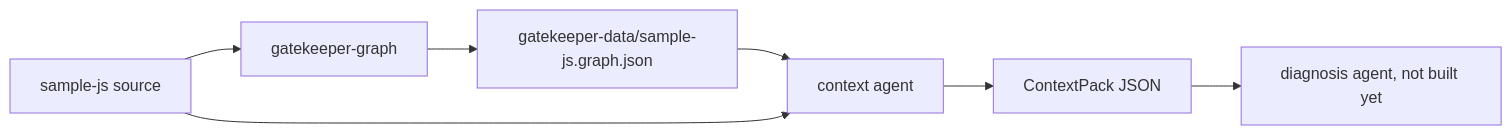
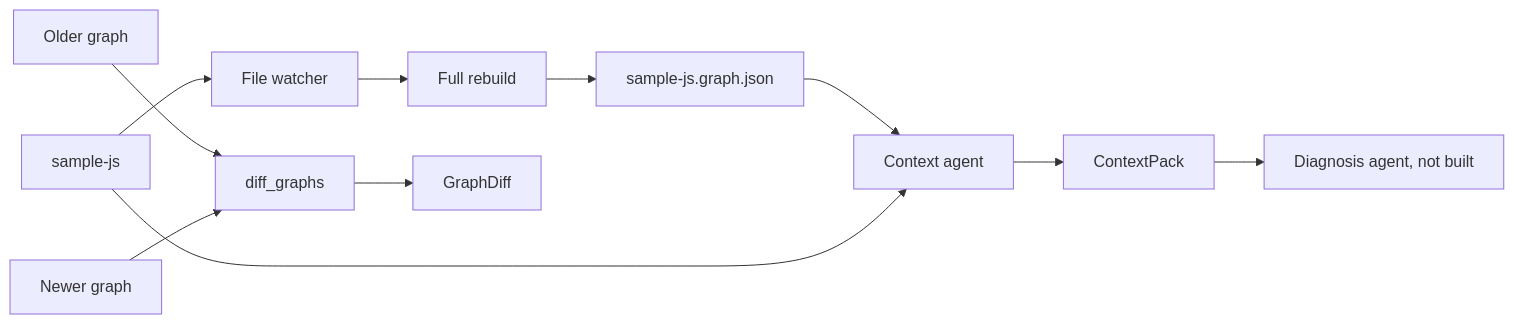
One commit to Anilkumark17/Gatekeeper changed the first of 6 diagrams in README.md. Above: the diagram before and after it, drawn with Mermaid. The commit also changed other lines of this file and 19 other files, not shown here.

First line of the commit message:
Keep the till graph live in one command and diff two graphs.

````diff
--- a/README.md
+++ b/README.md
@@ -11,9 +51,13 @@
 ```mermaid
 flowchart LR
-  sampleJs["sample-js source"] --> graphPkg["gatekeeper-graph"]
-  graphPkg --> graphFile["gatekeeper-data/sample-js.graph.json"]
-  graphFile --> contextAgent["context agent"]
+  sampleJs["sample-js"] --> watcher["File watcher"]
+  watcher --> indexer["Full rebuild"]
+  indexer --> graphFile["sample-js.graph.json"]
+  graphFile --> contextAgent["Context agent"]
   sampleJs --> contextAgent
-  contextAgent --> pack["ContextPack JSON"]
-  pack --> diagnosis["diagnosis agent, not built yet"]
+  contextAgent --> pack["ContextPack"]
+  pack --> diagnosis["Diagnosis agent, not built"]
+  g0["Older graph"] --> graphDiff["diff_graphs"]
+  g1["Newer graph"] --> graphDiff
+  graphDiff --> graphDiffResult["GraphDiff"]
 ```
````
